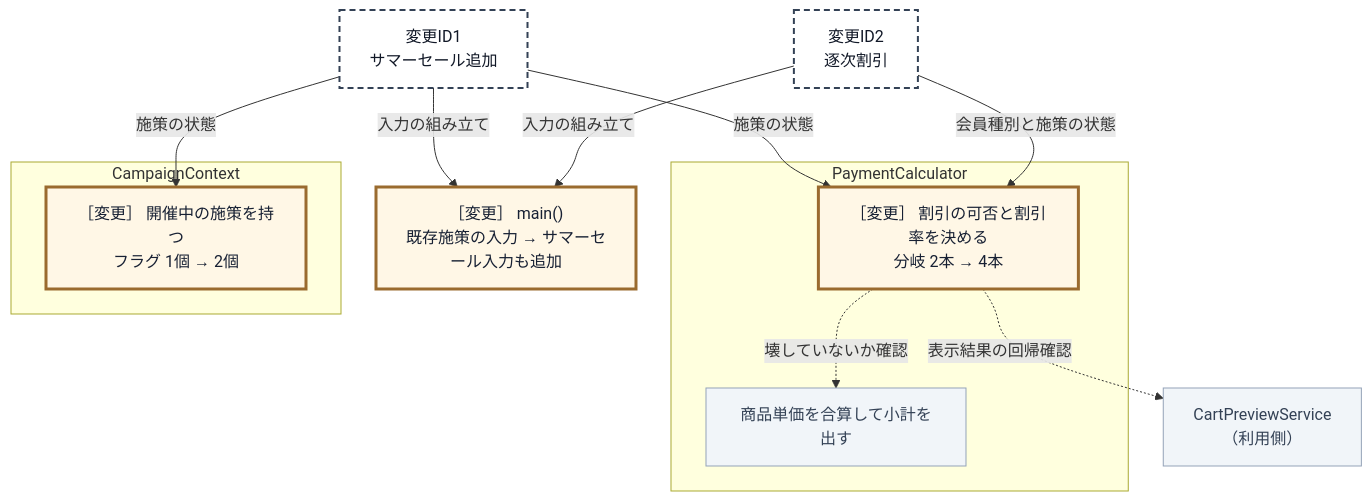
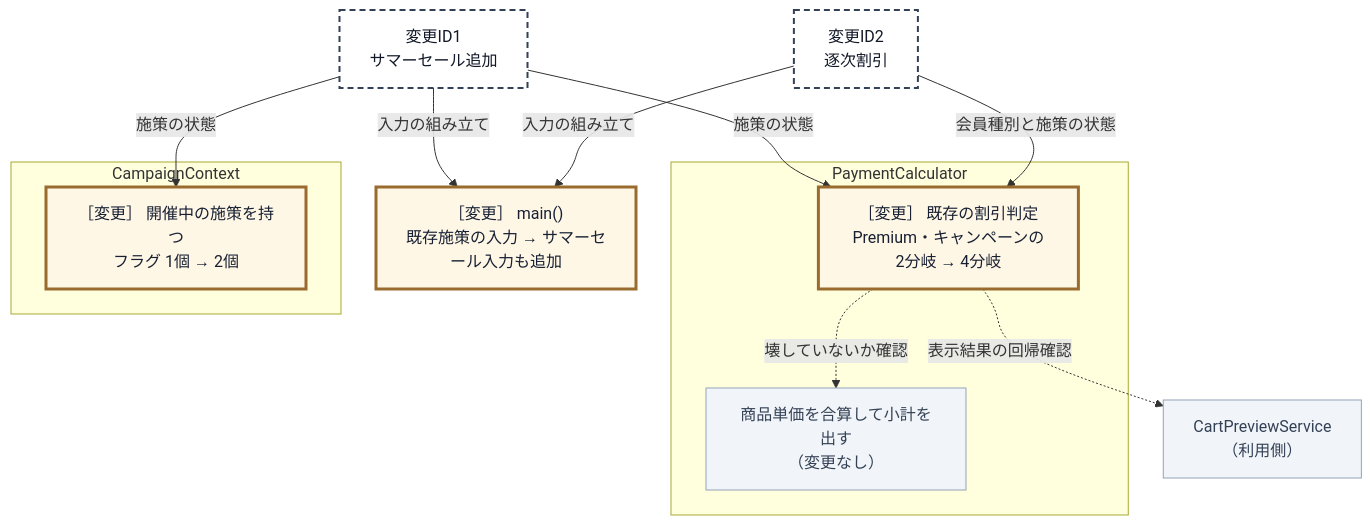
The sixth of 18 diagrams in kindle/design-patterns/books/volume01-core-patterns/output/03-chapter01.md (kumachan1101-pixel/DesignPattern), drawn with Mermaid before and after one commit. The commit also changed other lines of this file and 1 other file, not shown here.

````diff
--- a/kindle/design-patterns/books/volume01-core-patterns/output/03-chapter01.md
+++ b/kindle/design-patterns/books/volume01-core-patterns/output/03-chapter01.md
@@ -1168,29 +1168,29 @@
 ```mermaid
 graph TD
     T1["変更ID1<br>サマーセール追加"]:::req
     T2["変更ID2<br>逐次割引"]:::req
 
     subgraph PC["PaymentCalculator"]
-        P2["［変更］ 割引の可否と割引率を決める<br>分岐 2本 → 4本"]:::touched
-        P1["商品単価を合算して小計を出す"]:::keep
+        P2["［変更］ 既存の割引判定<br>Premium・キャンペーンの2分岐 → 4分岐"]:::touched
+        P1["商品単価を合算して小計を出す<br>（変更なし）"]:::keep
     end
 
     subgraph CC["CampaignContext"]
         C1["［変更］ 開催中の施策を持つ<br>フラグ 1個 → 2個"]:::touched
     end
 
     M["［変更］ main()<br>既存施策の入力 → サマーセール入力も追加"]:::touched
     V["CartPreviewService<br>（利用側）"]:::keep
 
     T1 -->|"施策の状態"| P2
     T1 -->|"施策の状態"| C1
     T1 -->|"入力の組み立て"| M
     T2 -->|"会員種別と施策の状態"| P2
     T2 -->|"入力の組み立て"| M
     P2 -.->|"壊していないか確認"| P1
     P2 -.->|"表示結果の回帰確認"| V
 
     classDef req fill:#ffffff,stroke:#334155,stroke-width:2px,stroke-dasharray:6 4,color:#111827;
     classDef keep fill:#f1f5f9,stroke:#94a3b8,color:#334155;
     classDef touched fill:#fff7e6,stroke:#9a6b2f,stroke-width:3px,color:#172033;
 ```
````
